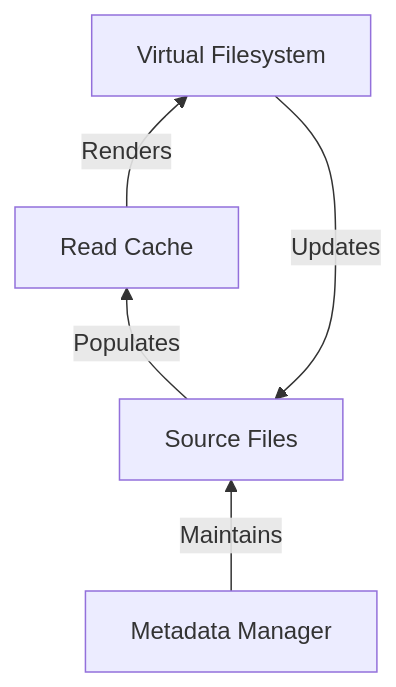
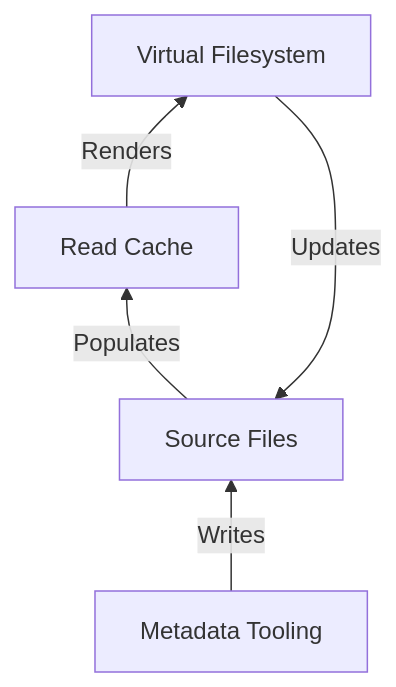
One commit to azuline/rose changed the diagram in README.md. Above: the diagram before and after it, drawn with Mermaid. The commit also changed other lines of this file and 1 other file, not shown here.

Commit message:
rename metadata manager and add a line about it to architecture

````diff
--- a/README.md
+++ b/README.md
@@ -240,7 +242,7 @@
 ```mermaid
 flowchart BT
-    M[Metadata Manager]    -->|Maintains| S
+    M[Metadata Tooling]    -->|Writes| S
     S[Source Files]        -->|Populates| C
     C[Read Cache]          -->|Renders| V
     V[Virtual Filesystem]  -->|Updates| S
 ```
````
